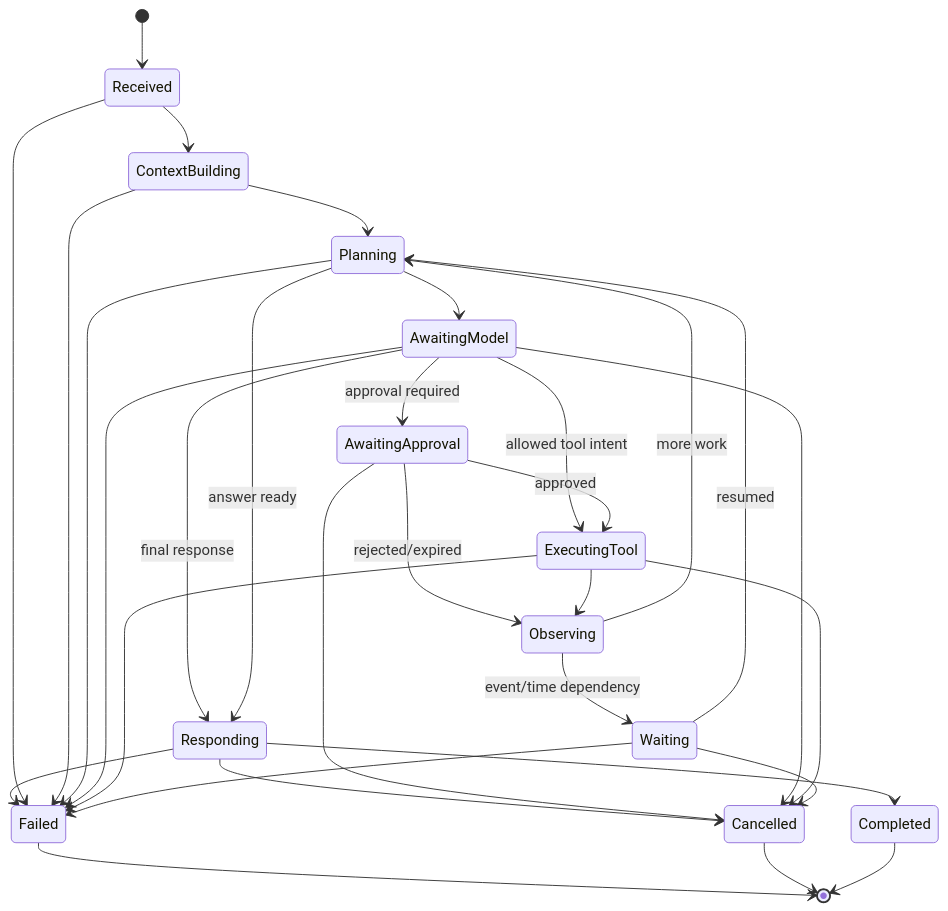
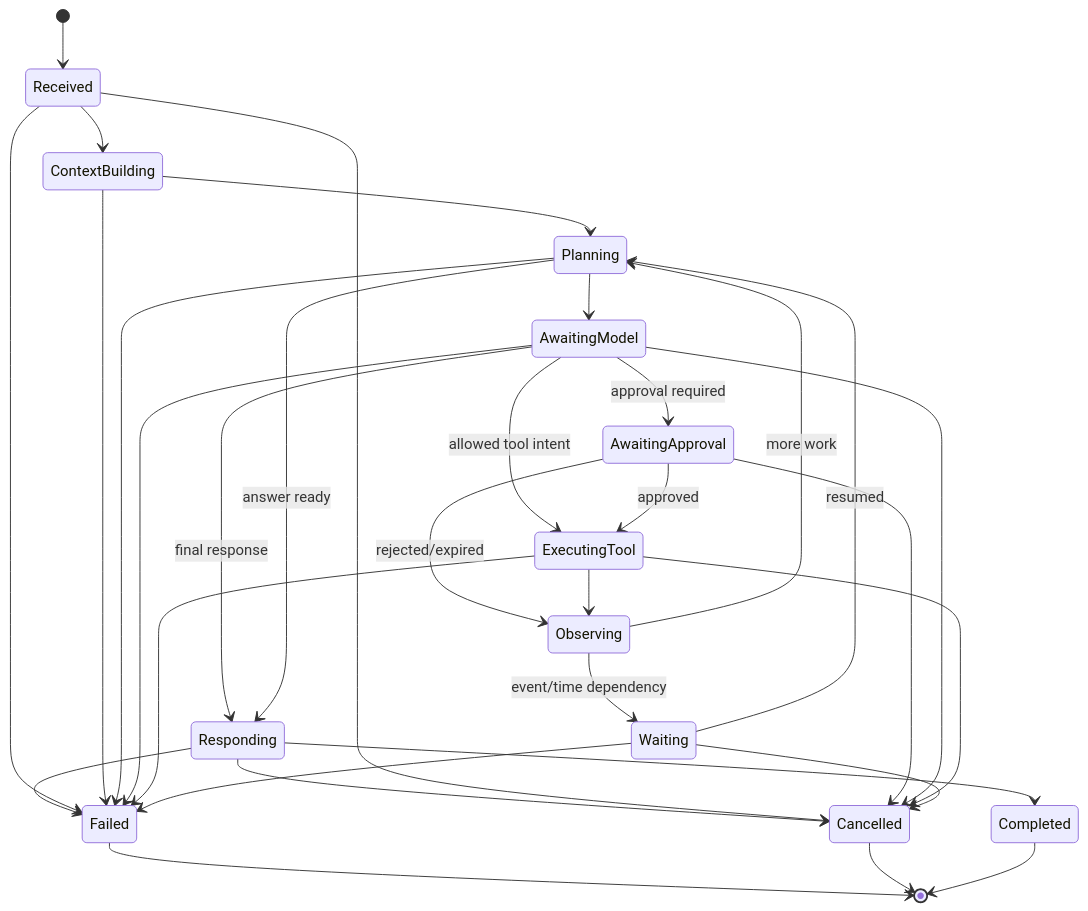
Before and after one commit to props-nothing/JARVIS: the diagram in docs/architecture/agent-runtime.md, drawn with Mermaid. The commit also changed other lines of this file and 30 other files, not shown here.

Commit message:
Add the run service that turns one authenticated request into a durable run, the HTTP run resource surface and its protocol wire types, the CLI ask and runs commands, idempotent run creation with a delta sink, and fix the run state machine's missing Received-to-Cancelled edge

````diff
--- a/docs/architecture/agent-runtime.md
+++ b/docs/architecture/agent-runtime.md
@@ -19,33 +19,34 @@
 ```mermaid
 stateDiagram-v2
     [*] --> Received
     Received --> ContextBuilding
     ContextBuilding --> Planning
     Planning --> AwaitingModel
     AwaitingModel --> Responding: final response
     AwaitingModel --> ExecutingTool: allowed tool intent
     AwaitingModel --> AwaitingApproval: approval required
     AwaitingApproval --> ExecutingTool: approved
     AwaitingApproval --> Observing: rejected/expired
     ExecutingTool --> Observing
     Observing --> Planning: more work
     Observing --> Waiting: event/time dependency
     Waiting --> Planning: resumed
     Planning --> Responding: answer ready
     Responding --> Completed
     Responding --> Failed
     Responding --> Cancelled
+    Received --> Cancelled
     Received --> Failed
     ContextBuilding --> Failed
     Planning --> Failed
     AwaitingModel --> Failed
     ExecutingTool --> Failed
     Waiting --> Failed
     AwaitingApproval --> Cancelled
     AwaitingModel --> Cancelled
     ExecutingTool --> Cancelled
     Waiting --> Cancelled
     Failed --> [*]
     Cancelled --> [*]
     Completed --> [*]
 ```
````
